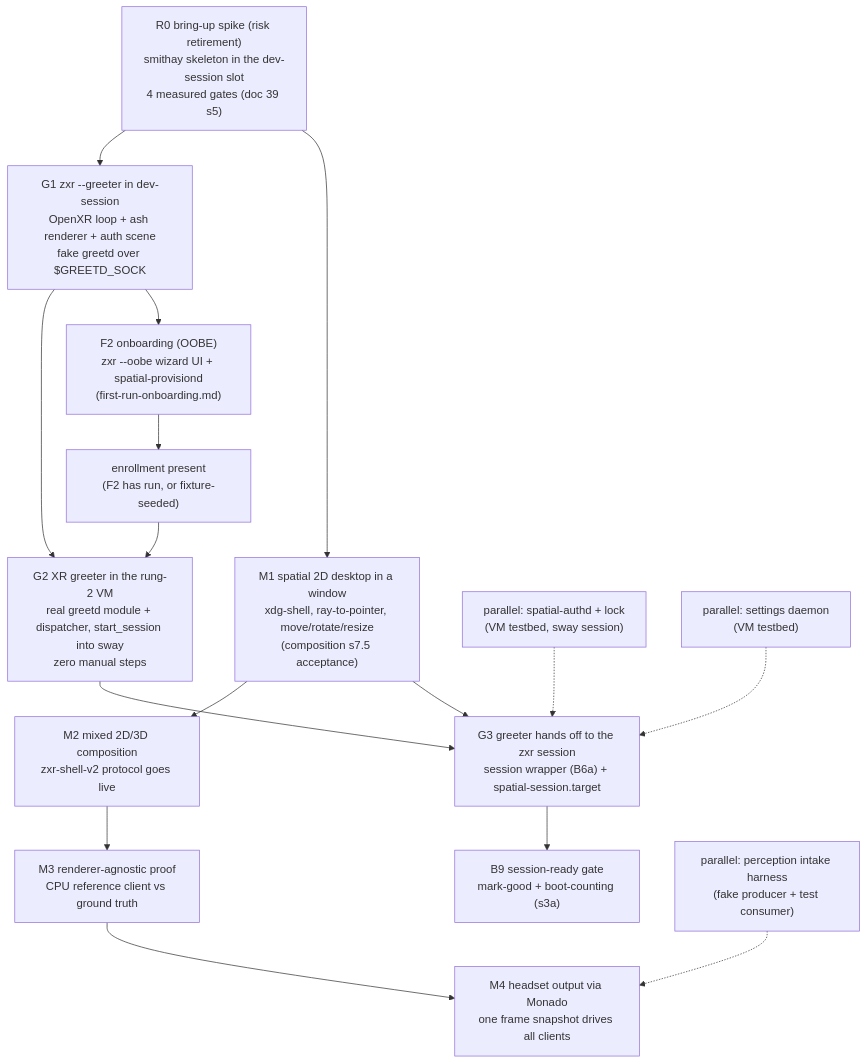
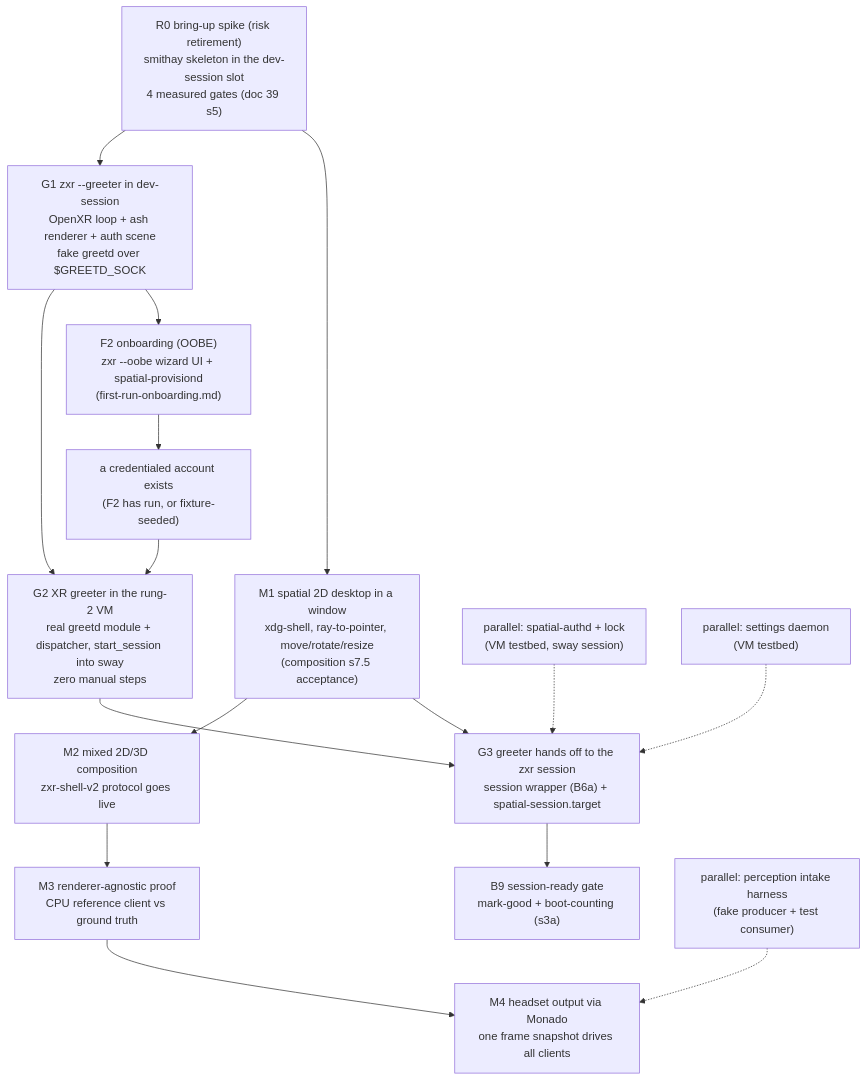
One commit to mura-os/mura changed the diagram in docs/architecture/implementation-path.md. Above: the diagram before and after it, drawn with Mermaid. The commit also changed other lines of this file and 4 other files, not shown here.

````diff
--- a/docs/architecture/implementation-path.md
+++ b/docs/architecture/implementation-path.md
@@ -81,18 +81,18 @@
 ```mermaid
 flowchart TD
     R0["R0 bring-up spike (risk retirement)\nsmithay skeleton in the dev-session slot\n4 measured gates (doc 39 s5)"] --> G1["G1 zxr --greeter in dev-session\nOpenXR loop + ash renderer + auth scene\nfake greetd over $GREETD_SOCK"]
     R0 --> M1["M1 spatial 2D desktop in a window\nxdg-shell, ray-to-pointer, move/rotate/resize\n(composition s7.5 acceptance)"]
     G1 --> G2["G2 XR greeter in the rung-2 VM\nreal greetd module + dispatcher, start_session into sway\nzero manual steps"]
     G1 --> F2["F2 onboarding (OOBE)\nzxr --oobe wizard UI + spatial-provisiond\n(first-run-onboarding.md)"]
-    F2 --> ENR["enrollment present\n(F2 has run, or fixture-seeded)"]
+    F2 --> ENR["a credentialed account exists\n(F2 has run, or fixture-seeded)"]
     ENR --> G2
     M1 --> M2["M2 mixed 2D/3D composition\nzxr-shell-v2 protocol goes live"]
     G2 --> G3["G3 greeter hands off to the zxr session\nsession wrapper (B6a) + spatial-session.target"]
     M1 --> G3
     G3 --> B9["B9 session-ready gate\nmark-good + boot-counting (s3a)"]
     M2 --> M3["M3 renderer-agnostic proof\nCPU reference client vs ground truth"]
     M3 --> M4["M4 headset output via Monado\none frame snapshot drives all clients"]
     AUTHD["parallel: spatial-authd + lock\n(VM testbed, sway session)"] -.-> G3
     SETTINGS["parallel: settings daemon\n(VM testbed)"] -.-> G3
     PERC["parallel: perception intake harness\n(fake producer + test consumer)"] -.-> M4
 ```
````
